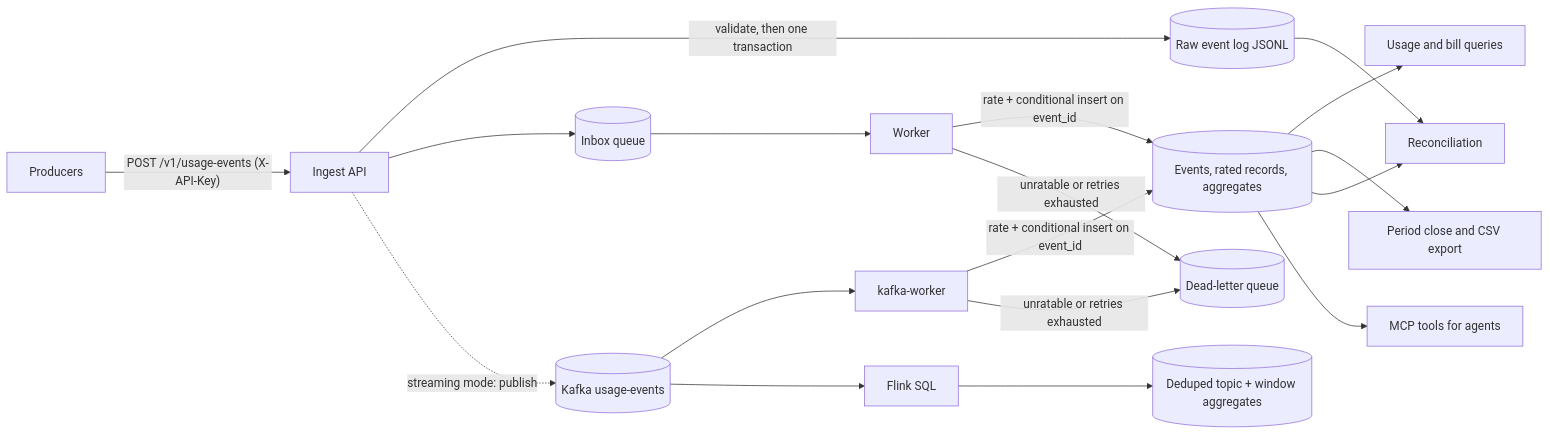
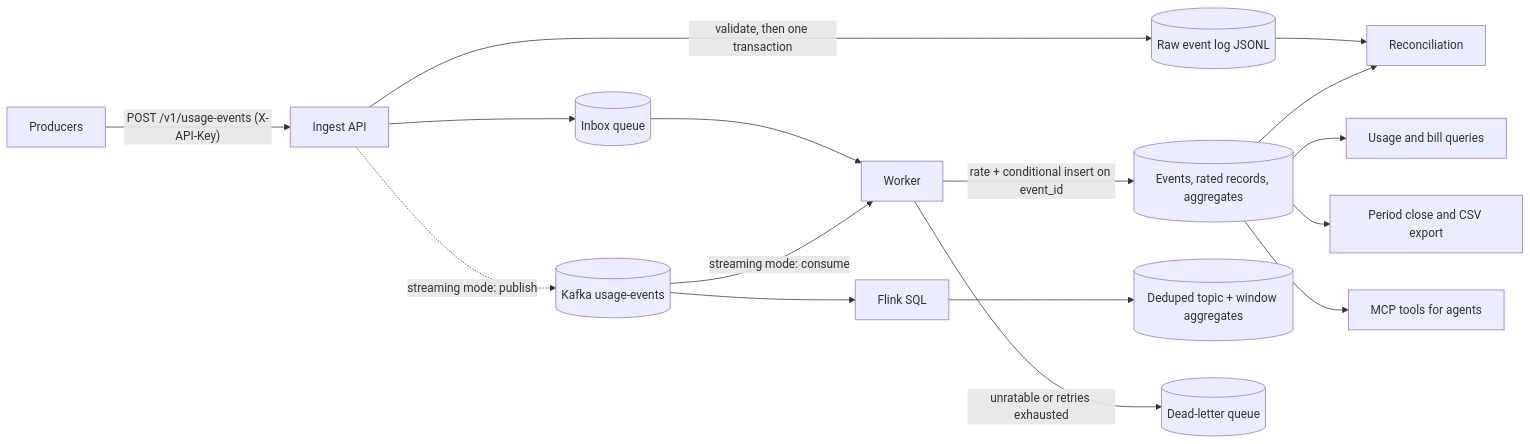
The diagram in README.md (MrKyaw/Agentic-Usage-Billing-Engine), drawn with Mermaid before and after one commit. The commit also changed other lines of this file and 47 other files, not shown here.

First line of the commit message:
feat(streaming): embed the Kafka + Flink tier in the monolith's Compose stack

````diff
--- a/README.md
+++ b/README.md
@@ -93,20 +96,18 @@
 ```mermaid
 flowchart LR
     producer[Producers] -->|"POST /v1/usage-events (X-API-Key)"| api[Ingest API]
     api -->|"validate, then one transaction"| rawlog[(Raw event log JSONL)]
     api --> inbox[(Inbox queue)]
     inbox --> worker[Worker]
     api -.->|"streaming mode: publish"| kafka[(Kafka usage-events)]
-    kafka --> kworker[kafka-worker]
-    kworker -->|"rate + conditional insert on event_id"| store[(Events, rated records, aggregates)]
+    kafka -->|"streaming mode: consume"| worker
+    worker -->|"rate + conditional insert on event_id"| store[(Events, rated records, aggregates)]
     kafka --> flink[Flink SQL]
     flink --> readmodels[(Deduped topic + window aggregates)]
-    worker -->|"rate + conditional insert on event_id"| store
     worker -->|"unratable or retries exhausted"| dlq[(Dead-letter queue)]
-    kworker -->|"unratable or retries exhausted"| dlq
     store --> query[Usage and bill queries]
     store --> close[Period close and CSV export]
     rawlog --> recon[Reconciliation]
     store --> recon
     store --> mcp[MCP tools for agents]
 ```
````
